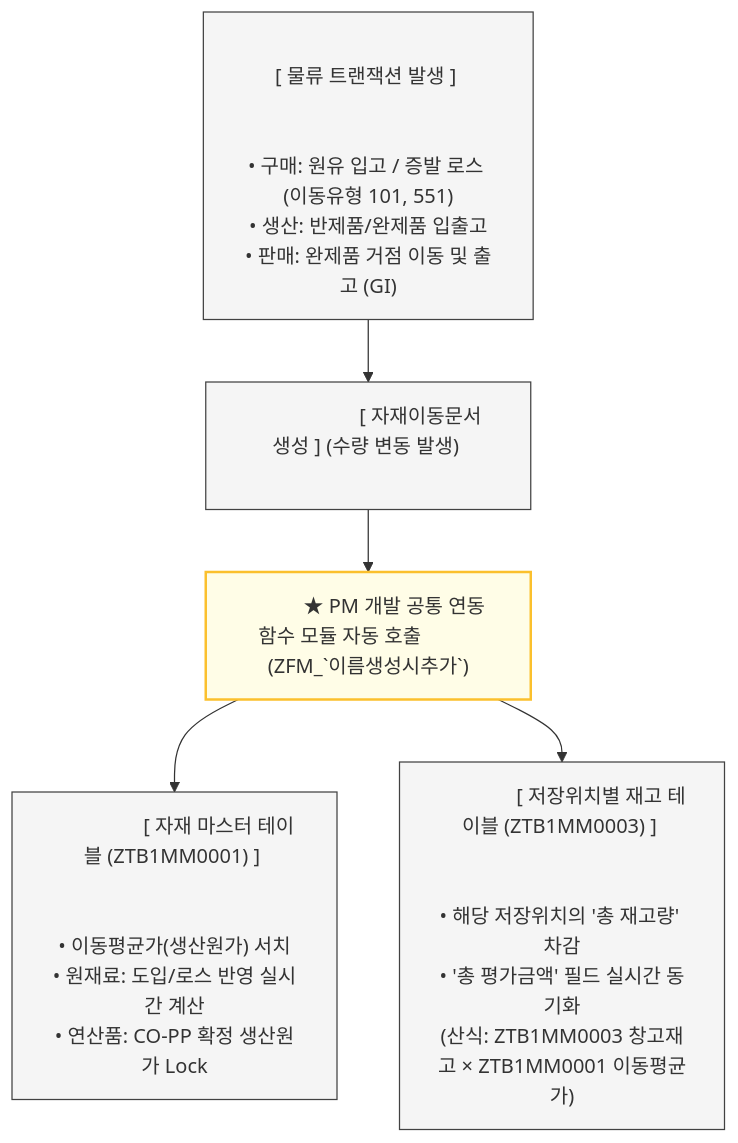
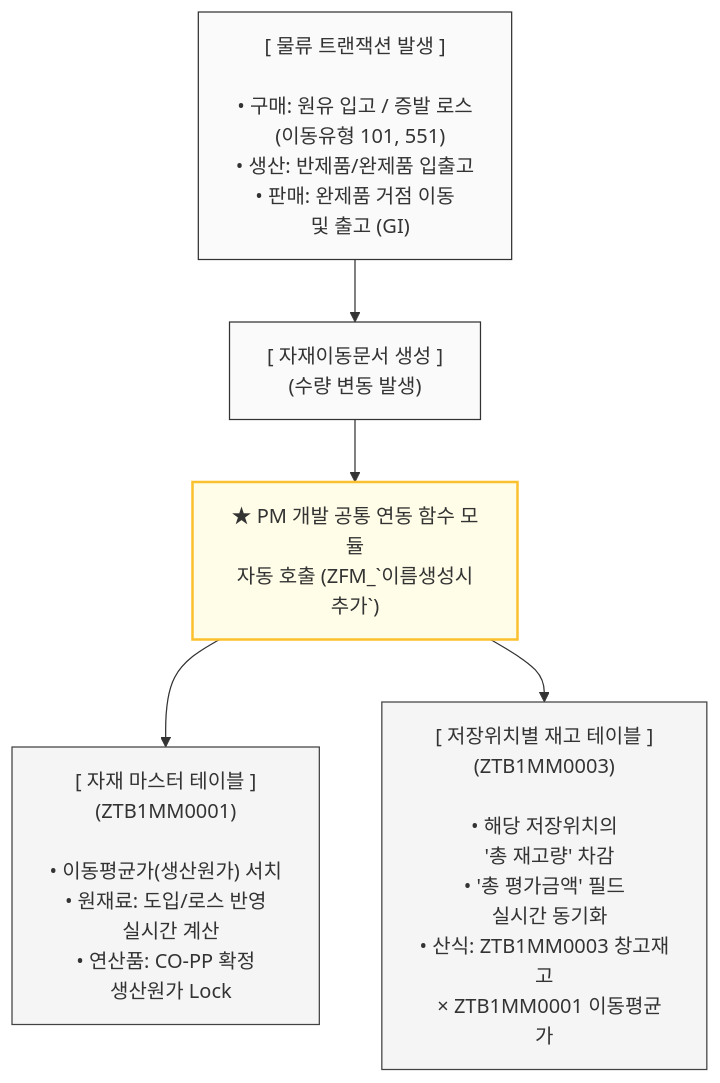
Before and after one commit to grace7410-byte/sap-code-project: the diagram in 03_architecture/2026-05-11-advanced-cost-interface.md, drawn with Mermaid.

Commit message:
Refactor mermaid diagram for clarity
Updated the mermaid diagram for improved readability and clarity by removing unnecessary whitespace and adjusting node placements.

````diff
--- a/03_architecture/2026-05-11-advanced-cost-interface.md
+++ b/03_architecture/2026-05-11-advanced-cost-interface.md
@@ -20,26 +20,26 @@
 ```mermaid
 graph TD
-    %% 스타일 정의
-    classDef default fill:#f5f5f5,stroke:#424242,stroke-width:1px;
-    classDef func fill:#fffde7,stroke:#fbc02d,stroke-width:2px;
-
-    %% 노드 배치 (&nbsp;를 넣어 가로폭을 좌우로 확 넓힘)
-    A["&nbsp;&nbsp;&nbsp;&nbsp;&nbsp;&nbsp;&nbsp;&nbsp;&nbsp;&nbsp;&nbsp;&nbsp;&nbsp;&nbsp;&nbsp;&nbsp;&nbsp;&nbsp;&nbsp;&nbsp;&nbsp;&nbsp;&nbsp;&nbsp;&nbsp;&nbsp;&nbsp;&nbsp;&nbsp;&nbsp;&nbsp;&nbsp;&nbsp;&nbsp;&nbsp;&nbsp;&nbsp;&nbsp;&nbsp;&nbsp;&nbsp;&nbsp;&nbsp;&nbsp;&nbsp;&nbsp;&nbsp;&nbsp; [ 물류 트랜잭션 발생 ] &nbsp;&nbsp;&nbsp;&nbsp;&nbsp;&nbsp;&nbsp;&nbsp;&nbsp;&nbsp;&nbsp;&nbsp;&nbsp;&nbsp;&nbsp;&nbsp;&nbsp;&nbsp;&nbsp;&nbsp;&nbsp;&nbsp;&nbsp;&nbsp;&nbsp;&nbsp;&nbsp;&nbsp;&nbsp;&nbsp;&nbsp;&nbsp;&nbsp;&nbsp;&nbsp;&nbsp;&nbsp;&nbsp;&nbsp;&nbsp;&nbsp;&nbsp;&nbsp;&nbsp;&nbsp;&nbsp;&nbsp;&nbsp;<br><br>• 구매: 원유 입고 / 증발 로스 (이동유형 101, 551)<br>• 생산: 반제품/완제품 입출고<br>• 판매: 완제품 거점 이동 및 출고 (GI)"]
+%% 노드 배치 (가로폭 축소를 위해 타이트하게 <br> 배치)
+    A["[ 물류 트랜잭션 발생 ]<br><br>• 구매: 원유 입고 / 증발 로스<br>&nbsp;&nbsp;(이동유형 101, 551)<br>• 생산: 반제품/완제품 입출고<br>• 판매: 완제품 거점 이동<br>&nbsp;&nbsp;및 출고 (GI)"]
     
-    B["&nbsp;&nbsp;&nbsp;&nbsp;&nbsp;&nbsp;&nbsp;&nbsp;&nbsp;&nbsp;&nbsp;&nbsp;&nbsp;&nbsp;&nbsp;&nbsp;&nbsp;&nbsp;&nbsp;&nbsp; [ 자재이동문서 생성 ] (수량 변동 발생) &nbsp;&nbsp;&nbsp;&nbsp;&nbsp;&nbsp;&nbsp;&nbsp;&nbsp;&nbsp;&nbsp;&nbsp;&nbsp;&nbsp;&nbsp;&nbsp;&nbsp;&nbsp;&nbsp;&nbsp;"]
+    B["[ 자재이동문서 생성 ]<br>(수량 변동 발생)"]
     
-    C["&nbsp;&nbsp;&nbsp;&nbsp;&nbsp;&nbsp;&nbsp;&nbsp;&nbsp;&nbsp; ★ PM 개발 공통 연동 함수 모듈 자동 호출 &nbsp;&nbsp;&nbsp;&nbsp;&nbsp;&nbsp;&nbsp;&nbsp;&nbsp;&nbsp;<br>(ZFM_`이름생성시추가`)"]
+    C["★ PM 개발 공통 연동 함수 모듈<br>자동 호출 (ZFM_`이름생성시추가`)"]
     
-    D["&nbsp;&nbsp;&nbsp;&nbsp;&nbsp;&nbsp;&nbsp;&nbsp;&nbsp;&nbsp;&nbsp;&nbsp;&nbsp;&nbsp;&nbsp;&nbsp; [ 자재 마스터 테이블 (ZTB1MM0001) ] &nbsp;&nbsp;&nbsp;&nbsp;&nbsp;&nbsp;&nbsp;&nbsp;&nbsp;&nbsp;&nbsp;&nbsp;&nbsp;&nbsp;&nbsp;&nbsp;<br><br>• 이동평균가(생산원가) 서치<br>• 원재료: 도입/로스 반영 실시간 계산<br>• 연산품: CO-PP 확정 생산원가 Lock"]
+    D["[ 자재 마스터 테이블 ]<br>(ZTB1MM0001)<br><br>• 이동평균가(생산원가) 서치<br>• 원재료: 도입/로스 반영<br>&nbsp;&nbsp;실시간 계산<br>• 연산품: CO-PP 확정<br>&nbsp;&nbsp;생산원가 Lock"]
     
-    E["&nbsp;&nbsp;&nbsp;&nbsp;&nbsp;&nbsp;&nbsp;&nbsp;&nbsp;&nbsp;&nbsp;&nbsp;&nbsp;&nbsp; [ 저장위치별 재고 테이블 (ZTB1MM0003) ] &nbsp;&nbsp;&nbsp;&nbsp;&nbsp;&nbsp;&nbsp;&nbsp;&nbsp;&nbsp;&nbsp;&nbsp;&nbsp;&nbsp;<br><br>• 해당 저장위치의 '총 재고량' 차감<br>• '총 평가금액' 필드 실시간 동기화<br>(산식: ZTB1MM0003 창고재고 × ZTB1MM0001 이동평균가)"]
+    E["[ 저장위치별 재고 테이블 ]<br>(ZTB1MM0003)<br><br>• 해당 저장위치의<br>&nbsp;&nbsp;'총 재고량' 차감<br>• '총 평가금액' 필드<br>&nbsp;&nbsp;실시간 동기화<br>• 산식: ZTB1MM0003 창고재고<br>&nbsp;&nbsp;× ZTB1MM0001 이동평균가"]
 
     %% 연결 관계
     A --> B
     B --> C
     C --> D
     C --> E
 
-    %% 스타일 적용
-    class C func;
+    %% 비주얼 스타일 정돈
+    style A fill:#fafafa,stroke:#333,stroke-width:1px
+    style B fill:#fafafa,stroke:#333,stroke-width:1px
+    style C fill:#fffde7,stroke:#fbc02d,stroke-width:2px
+    style D fill:#f5f5f5,stroke:#424242,stroke-width:1px
+    style E fill:#f5f5f5,stroke:#424242,stroke-width:1px
 ```
````
